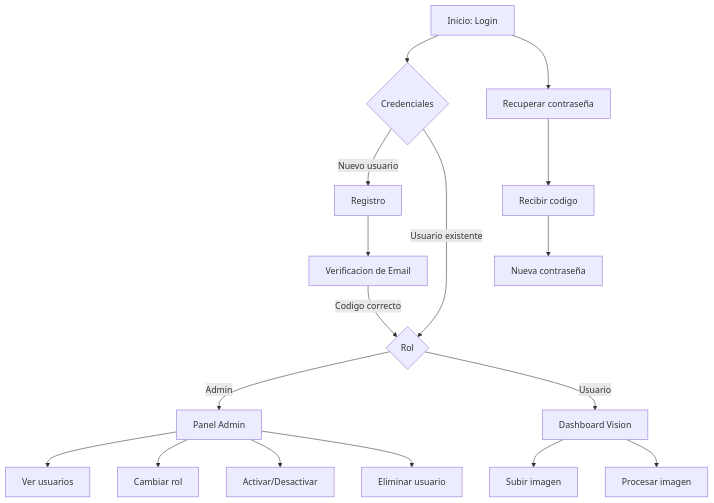
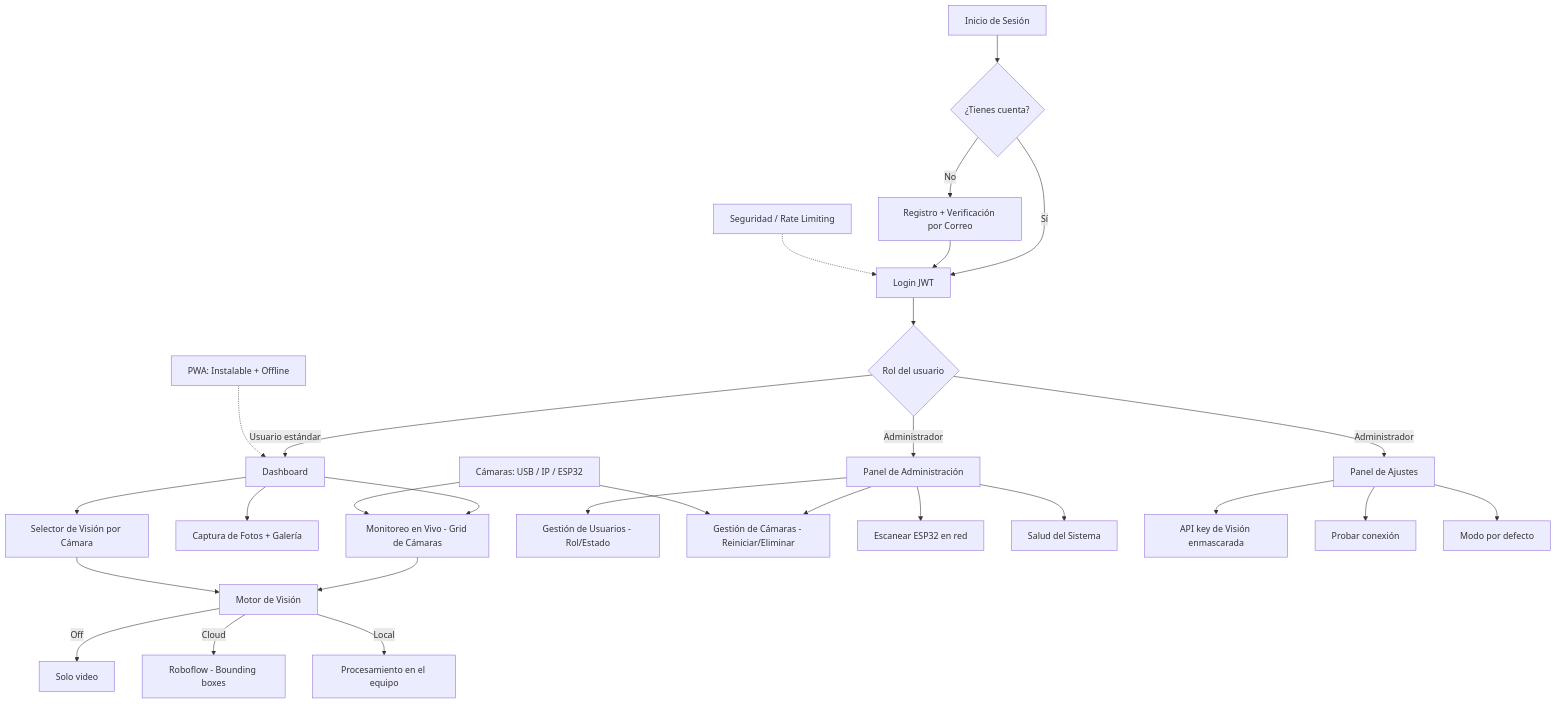
One commit to Induraxxe/-Argos2 changed the diagram in MANUAL_BETATESTER.md. Above: the diagram before and after it, drawn with Mermaid. The commit also changed other lines of this file and 4 other files, not shown here.

````diff
--- a/MANUAL_BETATESTER.md
+++ b/MANUAL_BETATESTER.md
@@ -36,19 +83,37 @@
 ```mermaid
 flowchart TD
-    A[Inicio: Login] --> B{Credenciales}
-    B -->|Nuevo usuario| C[Registro]
-    C --> D[Verificacion de Email]
-    D -->|Codigo correcto| E{Rol}
-    B -->|Usuario existente| E
-    E -->|Admin| F[Panel Admin]
-    E -->|Usuario| G[Dashboard Vision]
-    F --> F1[Ver usuarios]
-    F --> F2[Cambiar rol]
-    F --> F3[Activar/Desactivar]
-    F --> F4[Eliminar usuario]
-    G --> G1[Subir imagen]
-    G --> G2[Procesar imagen]
-    A --> H[Recuperar contraseña]
-    H --> I[Recibir codigo]
-    I --> J[Nueva contraseña]
+    A[Inicio de Sesión] --> B{¿Tienes cuenta?}
+    B -->|No| C[Registro + Verificación por Correo]
+    B -->|Sí| D[Login JWT]
+    C --> D
+    D --> E{Rol del usuario}
+
+    E -->|Usuario estándar| F[Dashboard]
+    E -->|Administrador| G[Panel de Administración]
+    E -->|Administrador| H[Panel de Ajustes]
+
+    F --> F1[Monitoreo en Vivo - Grid de Cámaras]
+    F --> F2[Captura de Fotos + Galería]
+    F --> F3[Selector de Visión por Cámara]
+
+    F1 --> V[Motor de Visión]
+    F3 --> V
+    V -->|Off| V1[Solo video]
+    V -->|Cloud| V2[Roboflow - Bounding boxes]
+    V -->|Local| V3[Procesamiento en el equipo]
+
+    G --> G1[Gestión de Usuarios - Rol/Estado]
+    G --> G2[Gestión de Cámaras - Reiniciar/Eliminar]
+    G --> G3[Escanear ESP32 en red]
+    G --> G4[Salud del Sistema]
+
+    H --> H1[API key de Visión enmascarada]
+    H --> H2[Probar conexión]
+    H --> H3[Modo por defecto]
+
+    CAM[Cámaras: USB / IP / ESP32] --> F1
+    CAM --> G2
+
+    AUTH[Seguridad / Rate Limiting] -.-> D
+    PWA[PWA: Instalable + Offline] -.-> F
 ```
````
